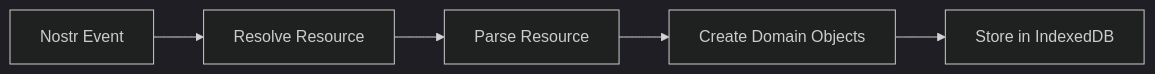
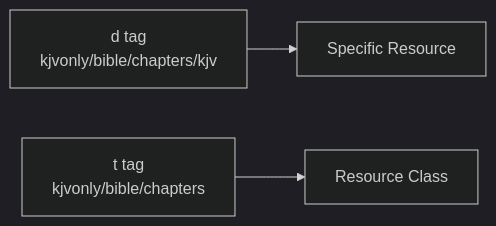
Before and after one commit to kjvonly/kjvonly.bible: the fifth of 13 diagrams in docs/decisions/0002-domain-resource-model.md, drawn with Mermaid (dark theme). The commit also changed other lines of this file, not shown here.

````diff
--- a/docs/decisions/0002-domain-resource-model.md
+++ b/docs/decisions/0002-domain-resource-model.md
@@ -892,13 +455,10 @@
 ```mermaid
 flowchart LR
 
-    EVENT["Nostr Event"]
+    D["d tag<br/>kjvonly/bible/chapters/kjv"]
 
-    EVENT --> RESOLVE["Resolve Resource"]
+    T["t tag<br/>kjvonly/bible/chapters"]
 
-    RESOLVE --> PARSE["Parse Resource"]
-
-    PARSE --> DOMAIN["Create Domain Objects"]
-
-    DOMAIN --> STORE["Store in IndexedDB"]
+    D --> SPECIFIC["Specific Resource"]
+    T --> CLASS["Resource Class"]
 ```
````
